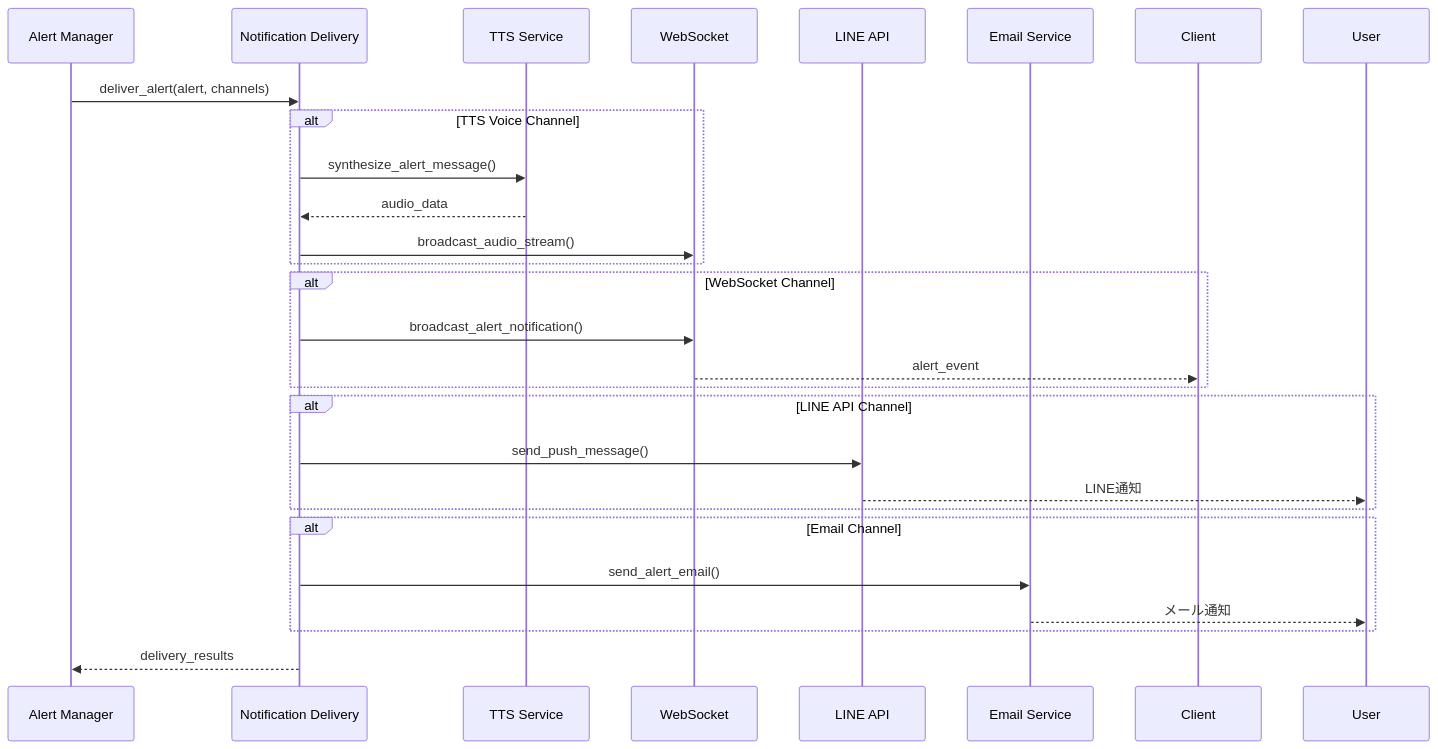
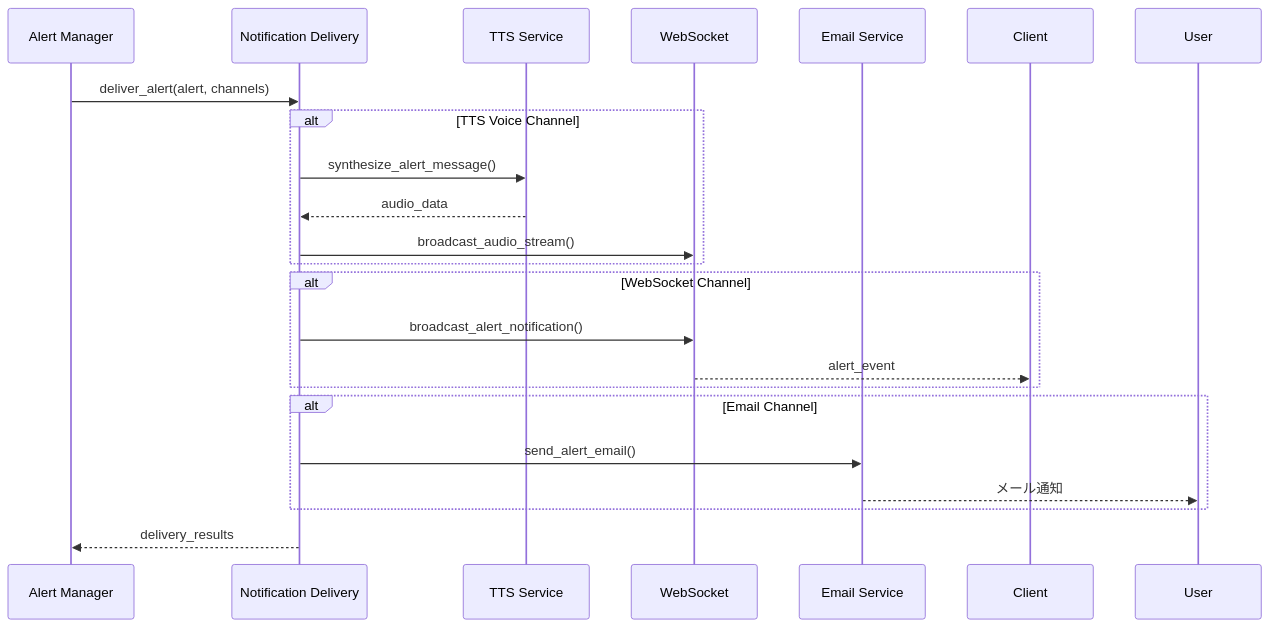
One commit to tomoyasu-sasaki/kanshichan_webapp changed the fourth of 6 diagrams in backend/docs/communication-system.adoc. Above: the diagram before and after it, drawn with Mermaid. The commit also changed other lines of this file and 9 other files, not shown here.

```diff
--- a/backend/docs/communication-system.adoc
+++ b/backend/docs/communication-system.adoc
@@ -358,35 +353,29 @@
 [mermaid]
 ....
 sequenceDiagram
     participant AM as Alert Manager
     participant ND as Notification Delivery
     participant TTS as TTS Service
     participant WS as WebSocket
-    participant LINE as LINE API
     participant EMAIL as Email Service
     
     AM->>ND: deliver_alert(alert, channels)
     
     alt TTS Voice Channel
         ND->>TTS: synthesize_alert_message()
         TTS-->>ND: audio_data
         ND->>WS: broadcast_audio_stream()
     end
     
     alt WebSocket Channel
         ND->>WS: broadcast_alert_notification()
         WS-->>Client: alert_event
     end
     
-    alt LINE API Channel
-        ND->>LINE: send_push_message()
-        LINE-->>User: LINE通知
-    end
-    
     alt Email Channel
         ND->>EMAIL: send_alert_email()
         EMAIL-->>User: メール通知
     end
     
     ND-->>AM: delivery_results
 ....
```
